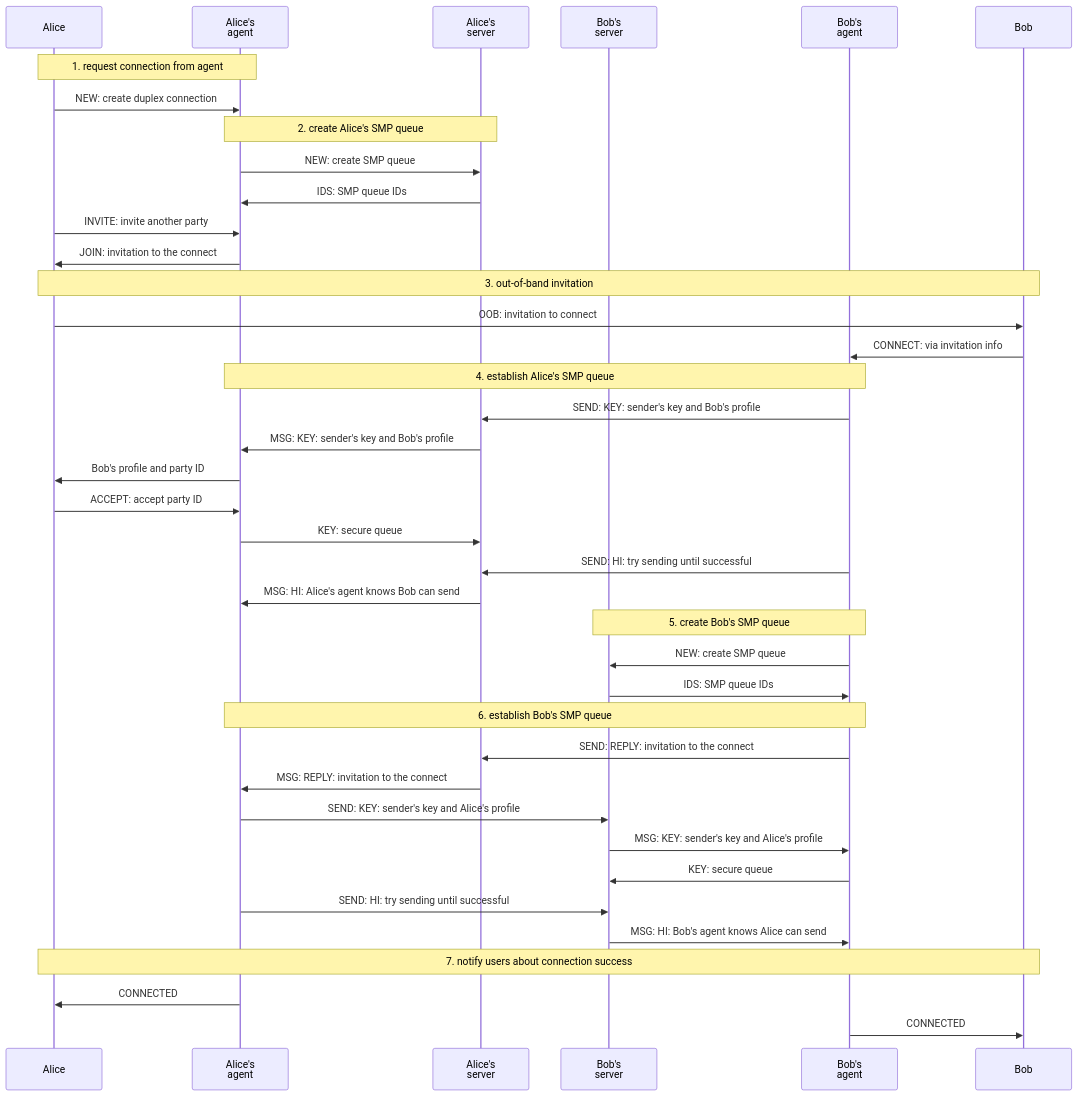
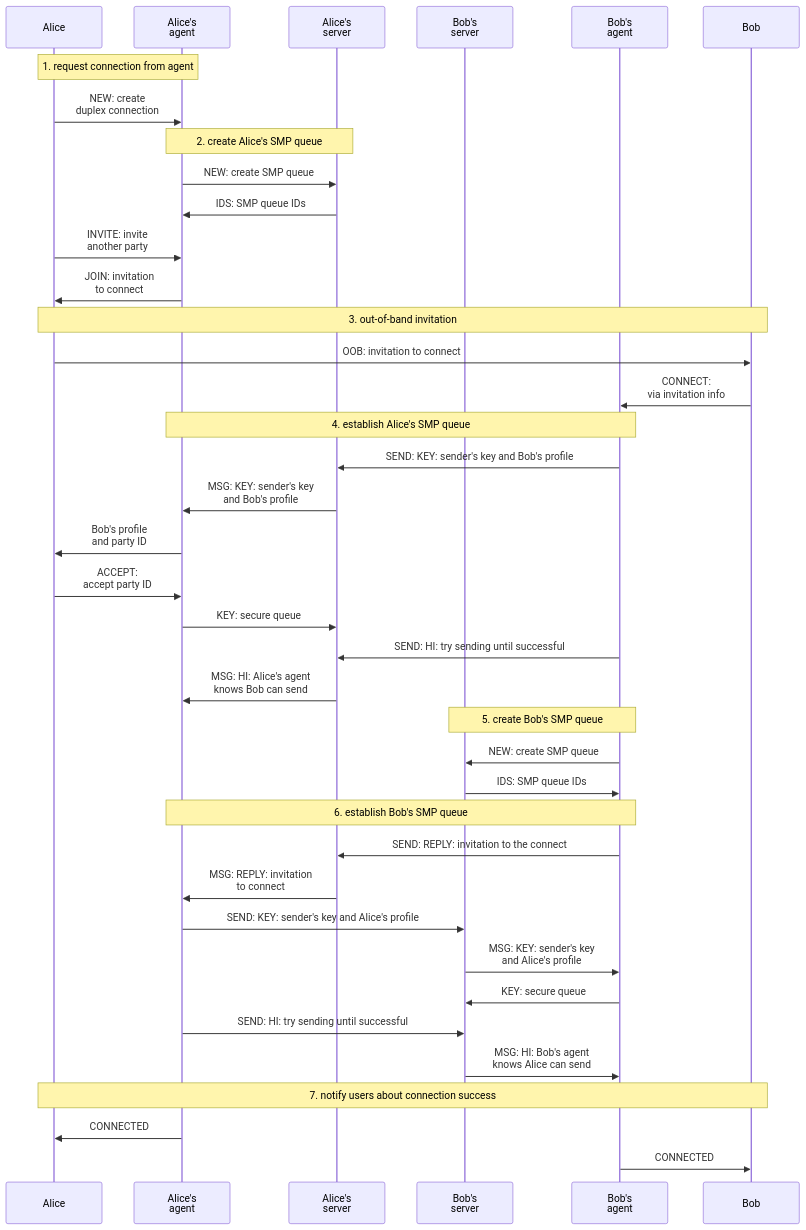
The diagram in diagrams/duplex-messaging/duplex-creating.mmd (simplex-chat/simplex-chat), drawn with Mermaid before and after one commit. The commit also changed 1 other file, not shown here.

Commit message:
update duplex diagram

```diff
--- a/diagrams/duplex-messaging/duplex-creating.mmd
+++ b/diagrams/duplex-messaging/duplex-creating.mmd
@@ -1,50 +1,50 @@
 sequenceDiagram
   participant A as Alice
   participant AA as Alice's<br>agent
   participant AS as Alice's<br>server
   participant BS as Bob's<br>server
   participant BA as Bob's<br>agent
   participant B as Bob
 
   note over A, AA: 1. request connection from agent
-  A ->> AA: NEW: create duplex connection
+  A ->> AA: NEW: create<br>duplex connection
 
   note over AA, AS: 2. create Alice's SMP queue
   AA ->> AS: NEW: create SMP queue
   AS ->> AA: IDS: SMP queue IDs
 
-  A ->> AA: INVITE: invite another party
-  AA ->> A: JOIN: invitation to the connect
+  A ->> AA: INVITE: invite<br>another party
+  AA ->> A: JOIN: invitation<br>to connect
 
   note over A, B: 3. out-of-band invitation
   A ->> B: OOB: invitation to connect
-  B ->> BA: CONNECT: via invitation info
+  B ->> BA: CONNECT:<br>via invitation info
 
   note over BA, AA: 4. establish Alice's SMP queue
   BA ->> AS: SEND: KEY: sender's key and Bob's profile
-  AS ->> AA: MSG: KEY: sender's key and Bob's profile
-  AA ->> A: Bob's profile and party ID
-  A ->> AA: ACCEPT: accept party ID
+  AS ->> AA: MSG: KEY: sender's key<br>and Bob's profile
+  AA ->> A: Bob's profile<br>and party ID
+  A ->> AA: ACCEPT:<br>accept party ID
   AA ->> AS: KEY: secure queue
 
   BA ->> AS: SEND: HI: try sending until successful
-  AS ->> AA: MSG: HI: Alice's agent knows Bob can send
+  AS ->> AA: MSG: HI: Alice's agent<br>knows Bob can send
 
   note over BA, BS: 5. create Bob's SMP queue
   BA ->> BS: NEW: create SMP queue
   BS ->> BA: IDS: SMP queue IDs
 
   note over AA, BA: 6. establish Bob's SMP queue
   BA ->> AS: SEND: REPLY: invitation to the connect
-  AS ->> AA: MSG: REPLY: invitation to the connect
+  AS ->> AA: MSG: REPLY: invitation<br>to connect
 
   AA ->> BS: SEND: KEY: sender's key and Alice's profile
-  BS ->> BA: MSG: KEY: sender's key and Alice's profile
+  BS ->> BA: MSG: KEY: sender's key<br>and Alice's profile
   BA ->> BS: KEY: secure queue
 
   AA ->> BS: SEND: HI: try sending until successful
-  BS ->> BA: MSG: HI: Bob's agent knows Alice can send
+  BS ->> BA: MSG: HI: Bob's agent<br>knows Alice can send
 
   note over A, B: 7. notify users about connection success
   AA ->> A: CONNECTED
   BA ->> B: CONNECTED
```
